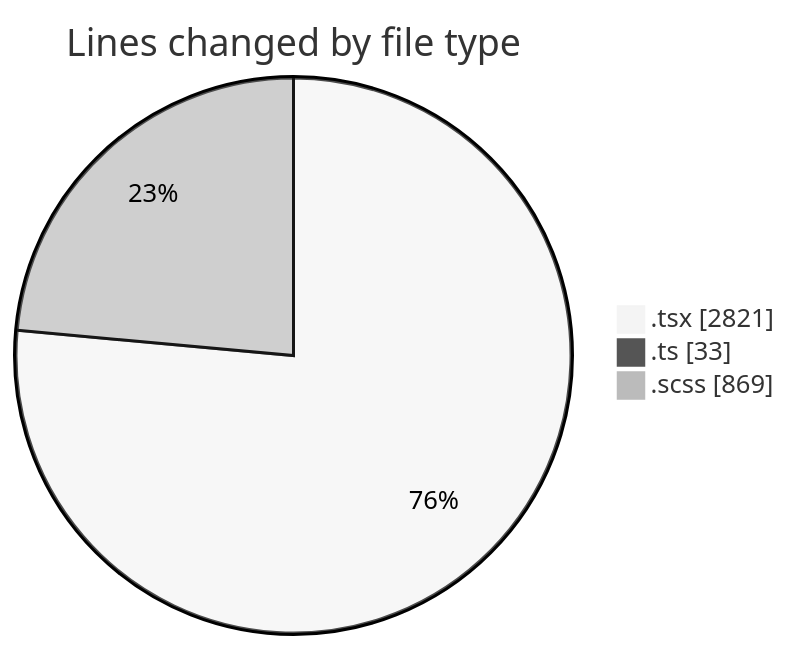
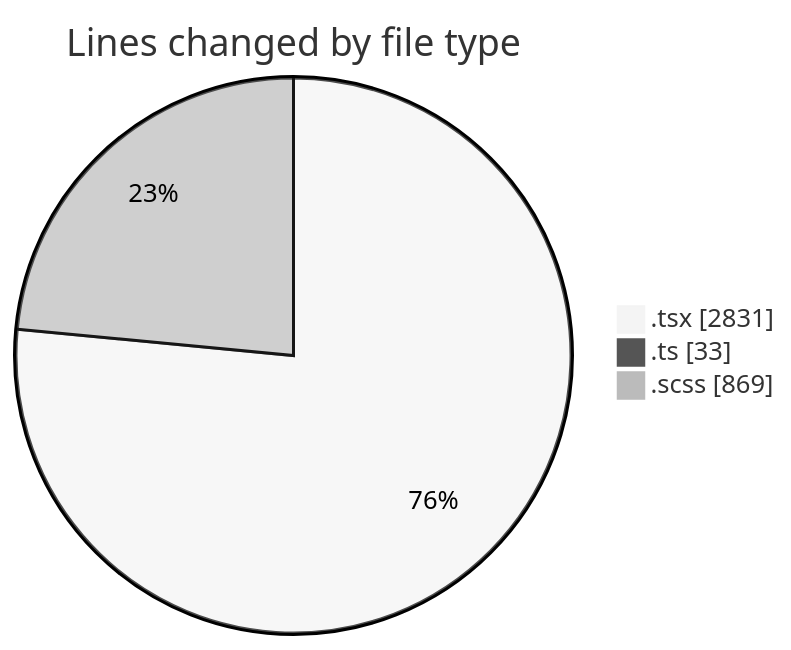
Before and after one commit to momahboobian/code-tracking: the first of 2 diagrams in 2025-02-12/cda/README.md, drawn with Mermaid (neutral theme). The commit also changed other lines of this file and 1 other file, not shown here.

````diff
--- a/2025-02-12/cda/README.md
+++ b/2025-02-12/cda/README.md
@@ -30,7 +30,7 @@
 ```mermaid
 pie showData
 title Lines changed by file type
-".tsx" : 2821
+".tsx" : 2831
 ".ts" : 33
 ".scss" : 869
 ```
````
